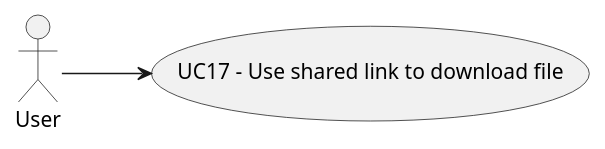
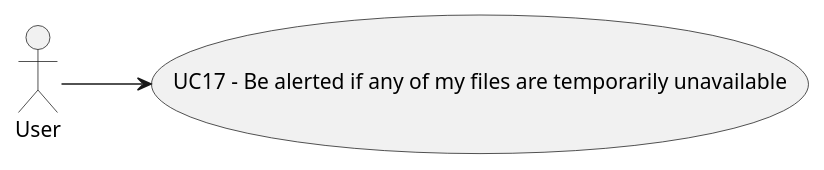
One commit to joaotorres28/ParticularProject changed the diagram in docs/Global_Artifacts/Design/Level1/Uc_Folder/UC17/UC17.puml. Above: the diagram before and after it, drawn with PlantUML. The commit also changed 25 other files, not shown here.

```diff
--- a/docs/Global_Artifacts/Design/Level1/Uc_Folder/UC17/UC17.puml
+++ b/docs/Global_Artifacts/Design/Level1/Uc_Folder/UC17/UC17.puml
@@ -1,9 +1,9 @@
 @startuml
 
 left to right direction
 actor User
 
-usecase UC17 as "UC17 - Use shared link to download file"
+usecase UC17 as "UC17 - Be alerted if any of my files are temporarily unavailable"
 User --> UC17
 
 @enduml
```
